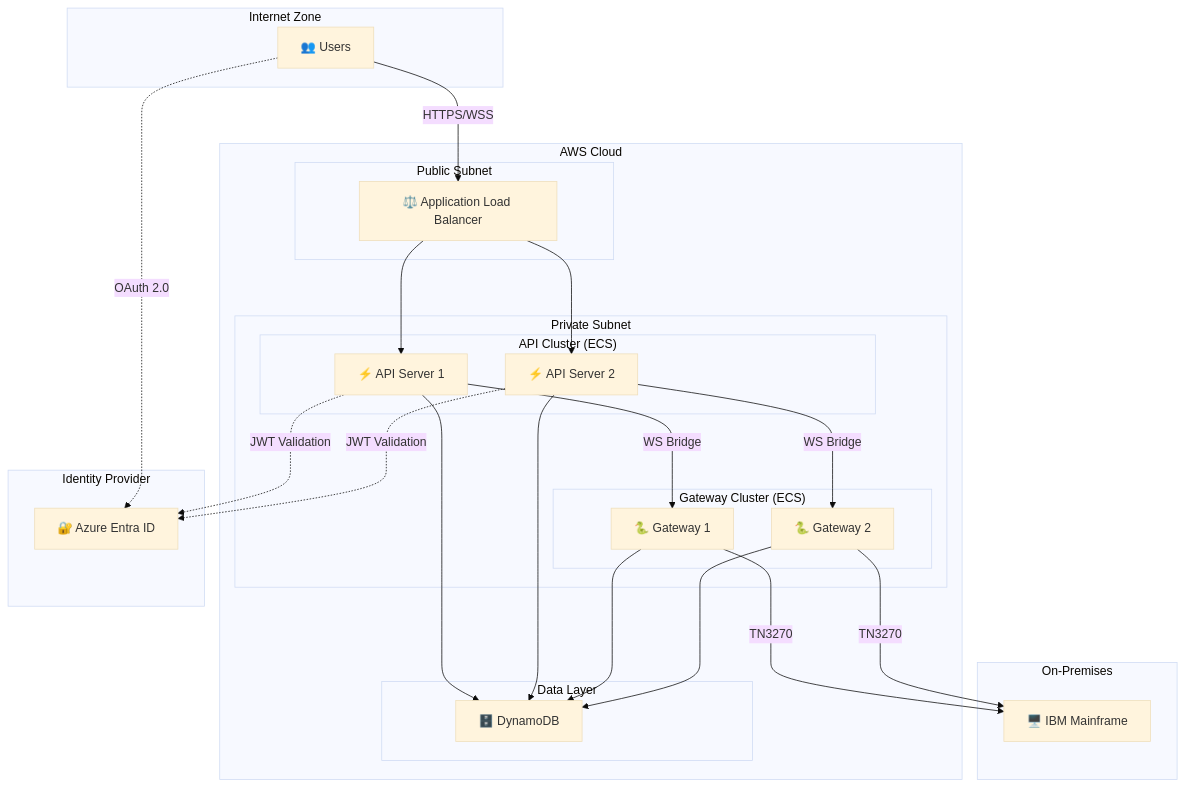
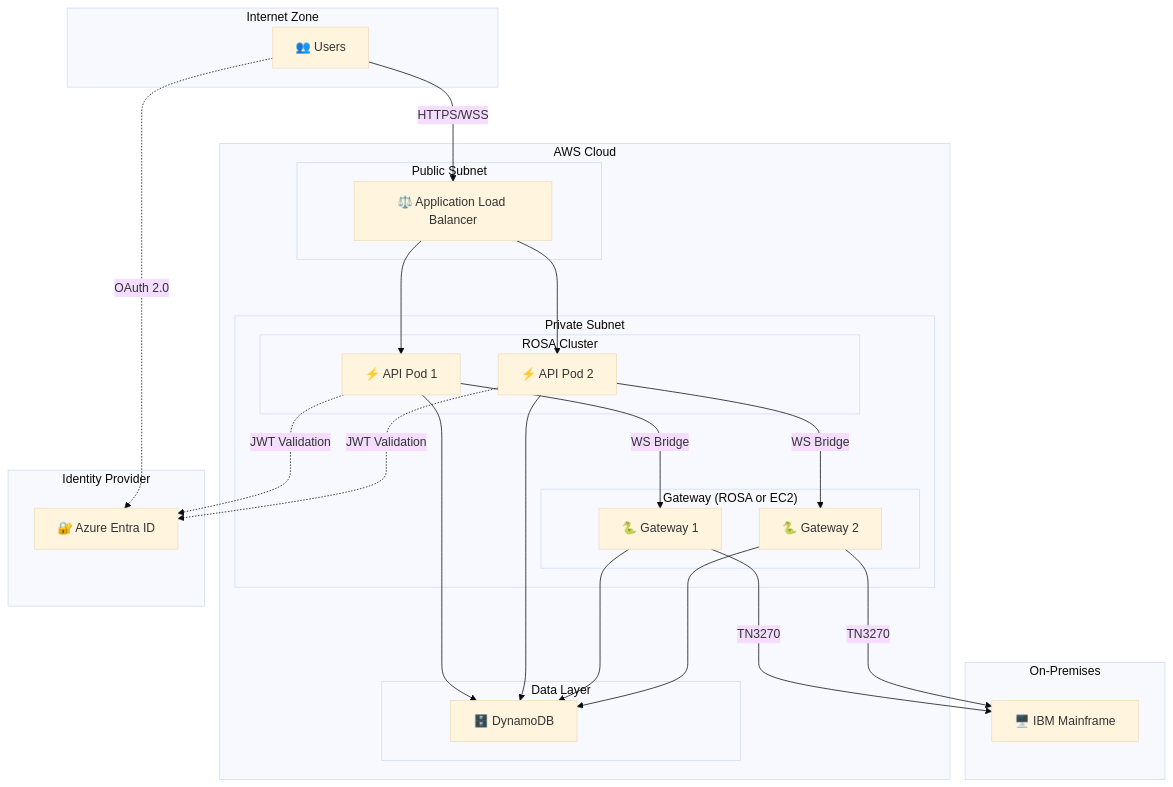
The first of 14 diagrams in docs/diagrams.md (gurungabit/iast), drawn with Mermaid (base theme) before and after one commit. The commit also changed other lines of this file and 33 other files, not shown here.

````diff
--- a/docs/diagrams.md
+++ b/docs/diagrams.md
@@ -18,49 +18,49 @@
 ```mermaid
 flowchart TB
     subgraph Internet["Internet Zone"]
         Users["👥 Users"]
     end
 
     subgraph AWS["AWS Cloud"]
         subgraph Public["Public Subnet"]
             ALB["⚖️ Application Load Balancer"]
         end
 
         subgraph Private["Private Subnet"]
-            subgraph APICluster["API Cluster (ECS)"]
-                API1["⚡ API Server 1"]
-                API2["⚡ API Server 2"]
+            subgraph ROSACluster["ROSA Cluster"]
+                API1["⚡ API Pod 1"]
+                API2["⚡ API Pod 2"]
             end
 
-            subgraph GatewayCluster["Gateway Cluster (ECS)"]
+            subgraph GatewayLayer["Gateway (ROSA or EC2)"]
                 GW1["🐍 Gateway 1"]
                 GW2["🐍 Gateway 2"]
             end
         end
 
         subgraph Data["Data Layer"]
             DDB["🗄️ DynamoDB"]
         end
     end
 
     subgraph OnPrem["On-Premises"]
         Mainframe["🖥️ IBM Mainframe"]
     end
 
     subgraph Auth["Identity Provider"]
         Entra["🔐 Azure Entra ID"]
     end
 
     Users -->|"HTTPS/WSS"| ALB
     ALB --> API1 & API2
     
     API1 -->|"WS Bridge"| GW1
     API2 -->|"WS Bridge"| GW2
     
     API1 & API2 --> DDB
     GW1 & GW2 --> DDB
     GW1 & GW2 -->|"TN3270"| Mainframe
     
     Users -.->|"OAuth 2.0"| Entra
     API1 & API2 -.->|"JWT Validation"| Entra
 ```
````
